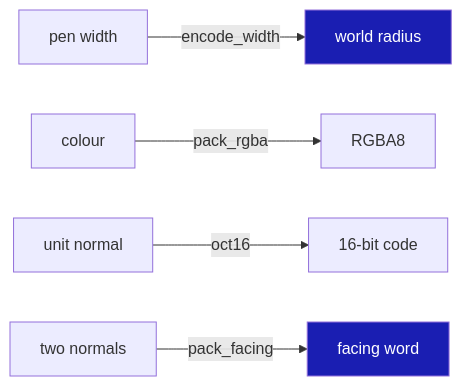
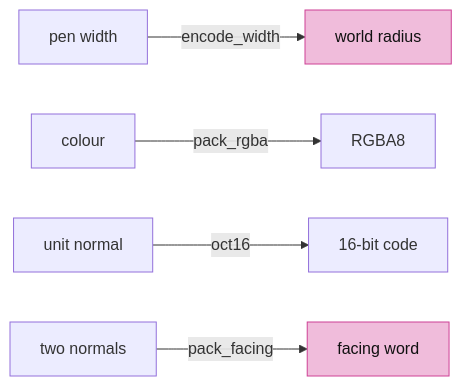
The third of 14 diagrams in session_viewer/docs/06-cad-contract.md (petrasvestartas/session), drawn with Mermaid before and after one commit. The commit also changed other lines of this file and 23 other files, not shown here.

Commit message:
Course: Mermaid nodes white with black text, highlighted nodes pink, white arrows and edge labels on the black ground

````diff
--- a/session_viewer/docs/06-cad-contract.md
+++ b/session_viewer/docs/06-cad-contract.md
@@ -51,9 +51,9 @@
 ```mermaid
 flowchart LR
     W["pen width"] -- "encode_width" --> R["world radius"]
     C["colour"] -- "pack_rgba" --> A["RGBA8"]
     N["unit normal"] -- "oct16" --> O["16-bit code"]
     P["two normals"] -- "pack_facing" --> F["facing word"]
-    style R fill:#1a1eb2,color:#fff
-    style F fill:#1a1eb2,color:#fff
+    style R fill:#f0bcdb,stroke:#ce4095,color:#111
+    style F fill:#f0bcdb,stroke:#ce4095,color:#111
 ```
````
